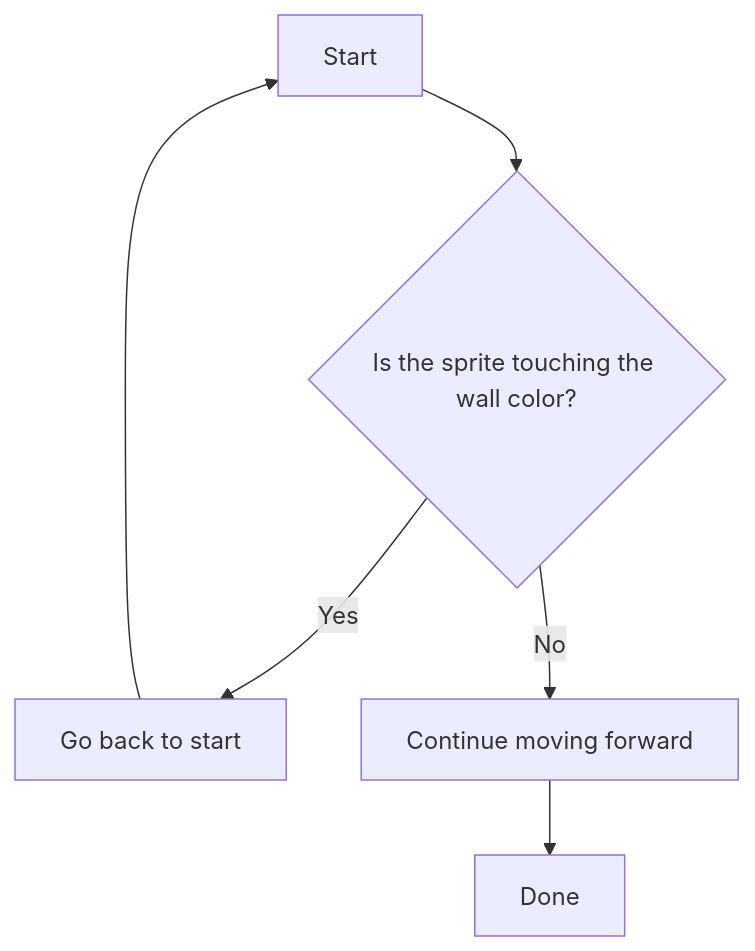
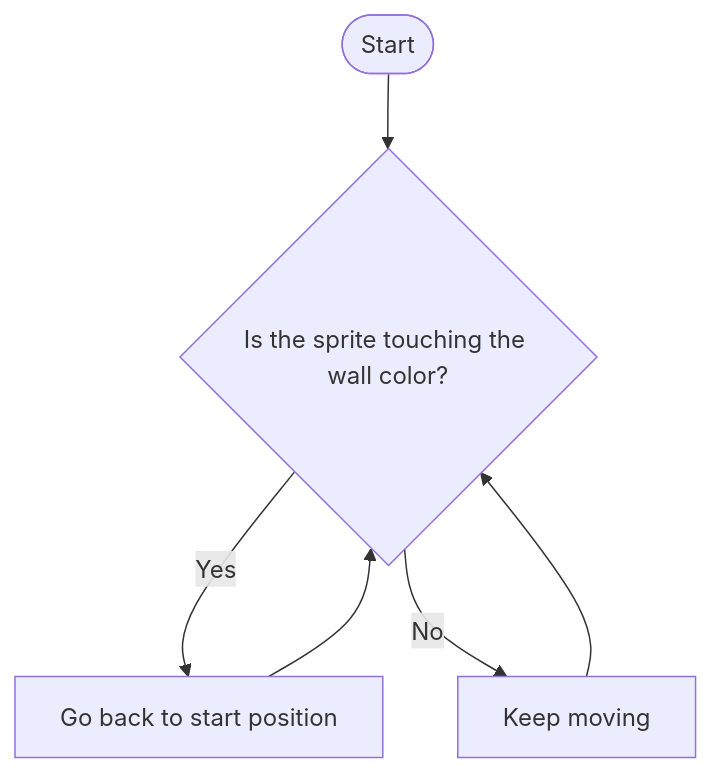
One commit to lrwham/mrwillingham-com changed the second of 2 diagrams in content/scratch/week-2/day-8/_index.md. Above: the diagram before and after it, drawn with Mermaid. The commit also changed other lines of this file and 1 other file, not shown here.

````diff
--- a/content/scratch/week-2/day-8/_index.md
+++ b/content/scratch/week-2/day-8/_index.md
@@ -70,8 +84,8 @@
 ```mermaid
 flowchart TD
-    A[Start] --> B{Is the sprite touching the wall color?}
-    B -- Yes --> C[Go back to start]
-    B -- No --> D[Continue moving forward]
-    C --> A
-    D --> E[Done]
+    A([Start]) --> B{Is the sprite touching the wall color?}
+    B -- Yes --> C[Go back to start position]
+    B -- No --> D[Keep moving]
+    C --> B
+    D --> B
 ```
````
